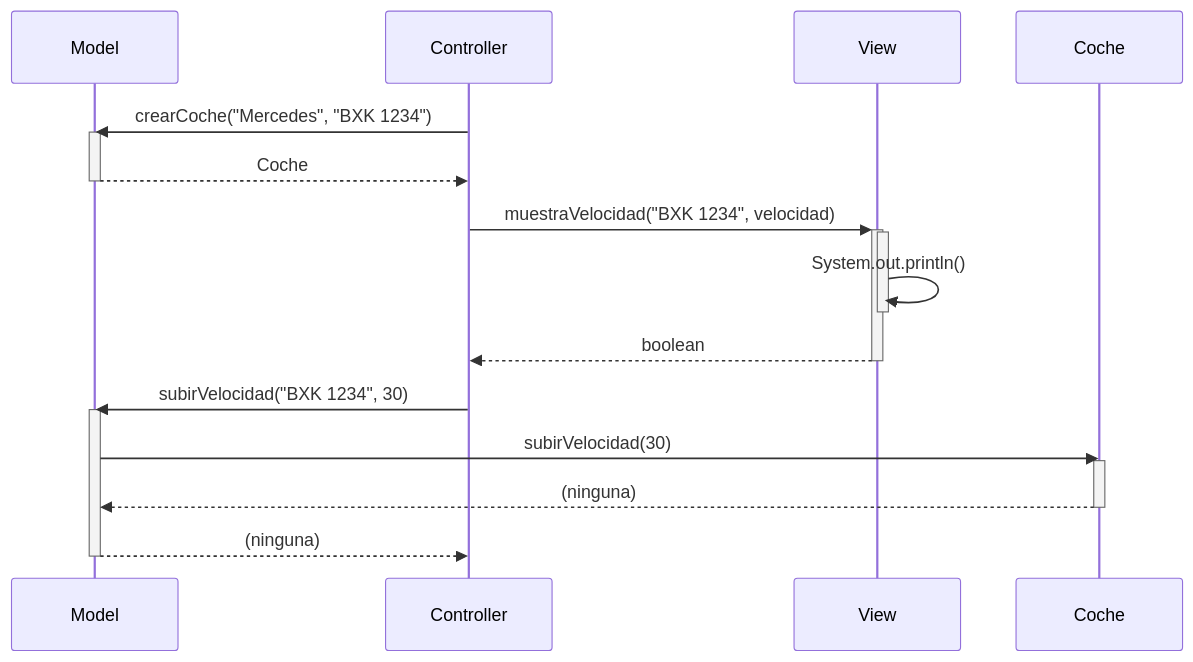
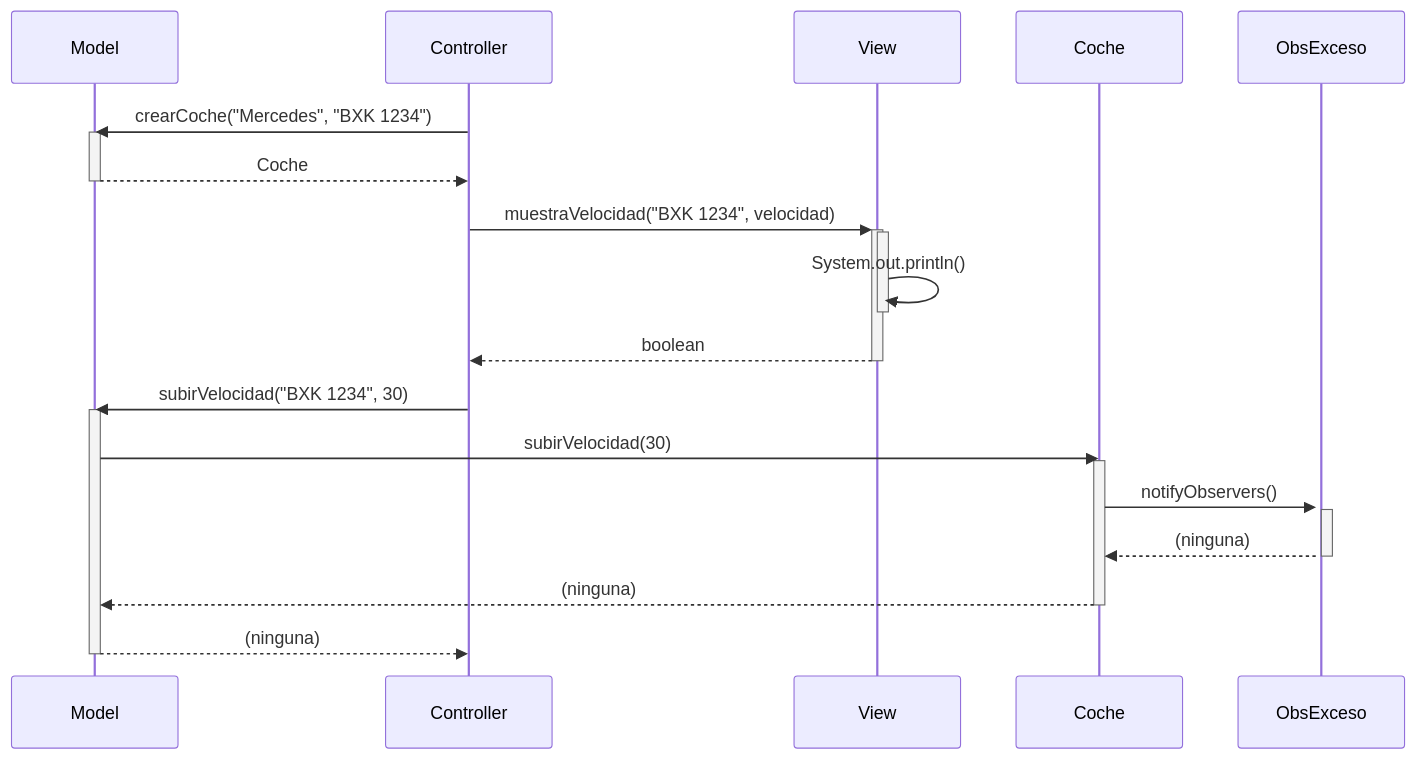
Before and after one commit to damiancastelao/MVC_coches_solucion: the third of 3 diagrams in Readme.md, drawn with Mermaid. The commit also changed other lines of this file, not shown here.

````diff
--- a/Readme.md
+++ b/Readme.md
@@ -119,26 +134,31 @@
 ```mermaid
 sequenceDiagram
     participant Model
     participant Controller
     participant View
+    participant Coche
+    participant ObsExceso
     Controller->>Model: crearCoche("Mercedes", "BXK 1234")
     activate Model
     Model-->>Controller: Coche
     deactivate Model
     Controller->>+View: muestraVelocidad("BXK 1234", velocidad)
     activate View
     View->>-View: System.out.println()
     View-->>Controller: boolean
     deactivate View
 
     Controller->>Model: subirVelocidad("BXK 1234", 30)
     activate Model
     Model->>Coche: subirVelocidad(30)
     activate Coche
+    Coche->>+ObsExceso: notifyObservers()
+    activate ObsExceso
+    ObsExceso-->>Coche: (ninguna)
+    deactivate ObsExceso
     Coche-->>Model: (ninguna)
     deactivate Coche
     Model-->>Controller: (ninguna)
     deactivate Model
 
-
 ```
````
